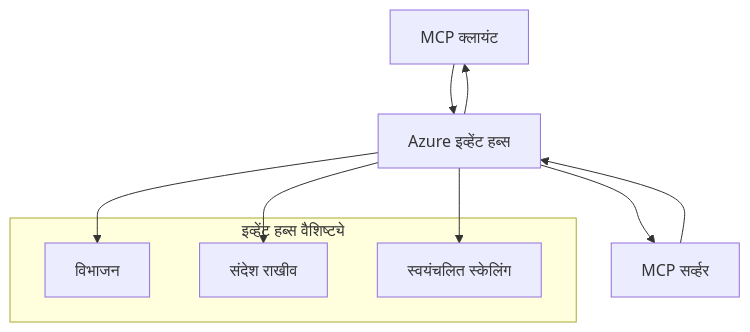
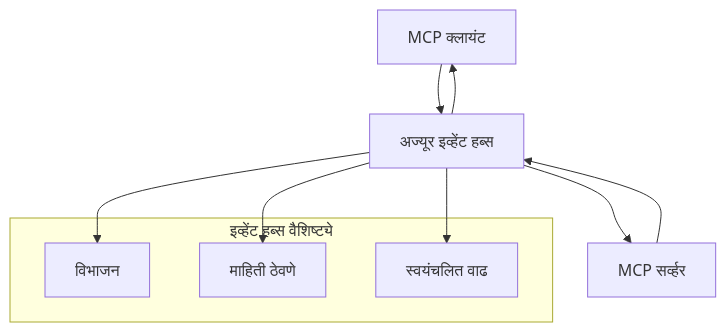
One commit to HIDORAKAI002/ai-workspace-archive changed the second of 2 diagrams in mcp_ecosystem__model_context_protocol/mcp_learning_resources/mcp-for-beginners/translations/mr/05-AdvancedTopics/mcp-transport/README.md. Above: the diagram before and after it, drawn with Mermaid. The commit also changed other lines of this file and 1539 other files, not shown here.

````diff
--- a/mcp_ecosystem__model_context_protocol/mcp_learning_resources/mcp-for-beginners/translations/mr/05-AdvancedTopics/mcp-transport/README.md
+++ b/mcp_ecosystem__model_context_protocol/mcp_learning_resources/mcp-for-beginners/translations/mr/05-AdvancedTopics/mcp-transport/README.md
@@ -269,17 +270,17 @@
 ```mermaid
 graph TB
-    Client[MCP क्लायंट] --> EH[Azure इव्हेंट हब्स]
+    Client[MCP क्लायंट] --> EH[अज्यूर इव्हेंट हब्स]
     EH --> Server[MCP सर्व्हर]
     Server --> EH
     EH --> Client
     
     subgraph "इव्हेंट हब्स वैशिष्ट्ये"
         Partition[विभाजन]
-        Retention[संदेश राखीव]
-        Scaling[स्वयंचलित स्केलिंग]
+        Retention[माहिती ठेवणे]
+        Scaling[स्वयंचलित वाढ]
     end
     
     EH --> Partition
     EH --> Retention
     EH --> Scaling
 ```
````
